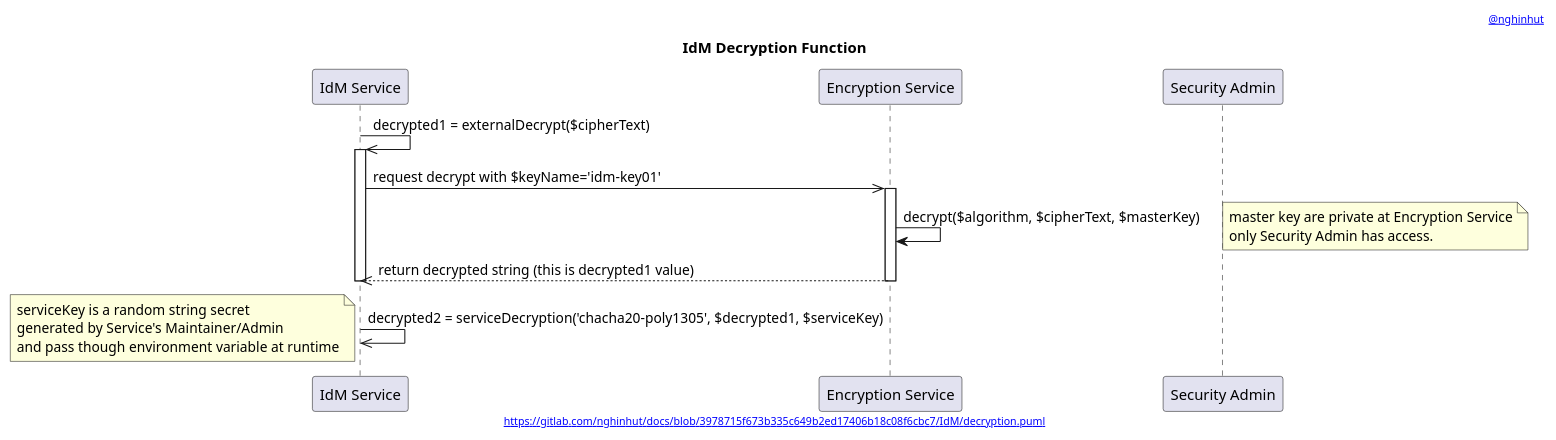
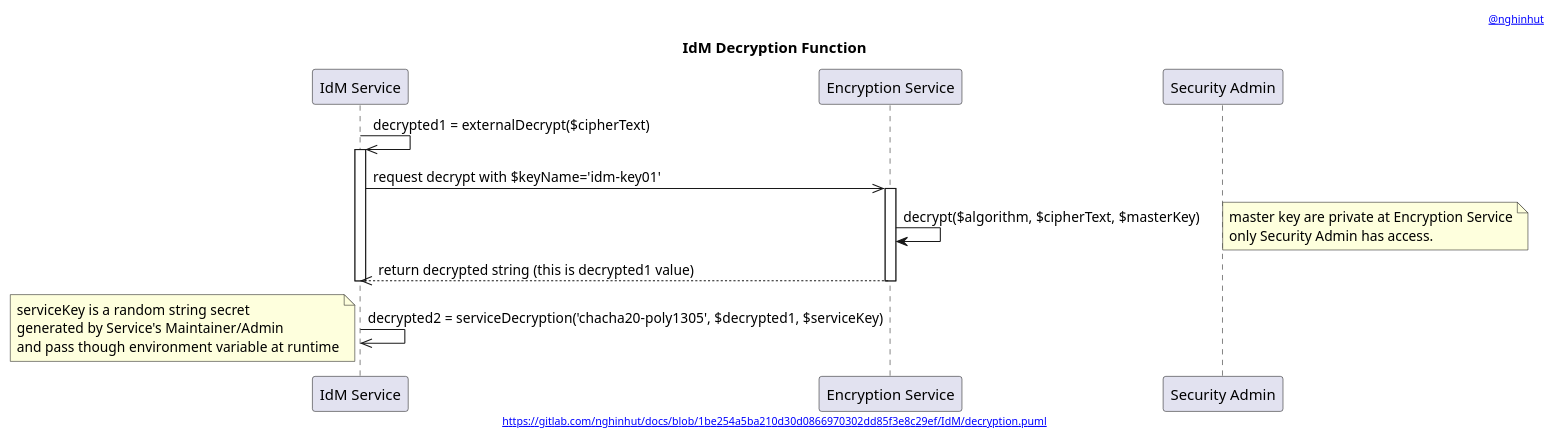
One commit to nghinhut/docs changed the diagram in IdM/decryption.function.puml. Above: the diagram before and after it, drawn with PlantUML. The commit also changed 22 other files, not shown here.

Commit message:
Update diagrams

```diff
--- a/IdM/decryption.function.puml
+++ b/IdM/decryption.function.puml
@@ -1,32 +1,32 @@
 @startuml
 '-----START auto generated metadata please keep comment here to allow auto update-----
 '-----DON'T EDIT THIS SECTION, INSTEAD RE-RUN prebuild.sh TO UPDATE-----
-header [[https://www.nghinhut.dev?from=http%5C%3A%5C%2F%5C%2Fwww%5C.plantuml%5C.com%5C%2Fplantuml%5C%2Fproxy%3Ffmt%3Dsvg%5C%26src%3Dhttps%5C%3A%5C%2F%5C%2Fgitlab%5C.com%5C%2Fnghinhut%5C%2Fdocs%5C%2Fraw%5C%2F3978715f673b335c649b2ed17406b18c08f6cbc7%5C%2FIdM%5C%2Fdecryption%5C.puml%0A @nghinhut]]
-footer [[http://www.plantuml.com/plantuml/proxy?fmt=svg&src=https://gitlab.com/nghinhut/docs/raw/3978715f673b335c649b2ed17406b18c08f6cbc7/IdM/decryption.puml https://gitlab.com/nghinhut/docs/blob/3978715f673b335c649b2ed17406b18c08f6cbc7/IdM/decryption.puml]]
+header [[https://www.nghinhut.dev?from=http%5C%3A%5C%2F%5C%2Fwww%5C.plantuml%5C.com%5C%2Fplantuml%5C%2Fproxy%3Ffmt%3Dsvg%5C%26src%3Dhttps%5C%3A%5C%2F%5C%2Fgitlab%5C.com%5C%2Fnghinhut%5C%2Fdocs%5C%2Fraw%5C%2F1be254a5ba210d30d0866970302dd85f3e8c29ef%5C%2FIdM%5C%2Fdecryption%5C.puml%0A @nghinhut]]
+footer [[http://www.plantuml.com/plantuml/proxy?fmt=svg&src=https://gitlab.com/nghinhut/docs/raw/1be254a5ba210d30d0866970302dd85f3e8c29ef/IdM/decryption.puml https://gitlab.com/nghinhut/docs/blob/1be254a5ba210d30d0866970302dd85f3e8c29ef/IdM/decryption.puml]]
 '-----END auto generated metadata please keep comment here to allow auto update-----
 title IdM Decryption Function
 participant "IdM Service" as idm
 participant "Encryption Service" as es
 participant "Security Admin" as esAdmin
 
 
 idm ->> idm : decrypted1 = externalDecrypt($cipherText)
 activate idm
     idm ->> es : request decrypt with $keyName='idm-key01'
     activate es
         es -> es : decrypt($algorithm, $cipherText, $masterKey)
         note right
             master key are private at Encryption Service
             only Security Admin has access.
         end note
         idm <<-- es : return decrypted string (this is decrypted1 value)
     deactivate es
 deactivate idm
 
 idm ->> idm : decrypted2 = serviceDecryption('chacha20-poly1305', $decrypted1, $serviceKey)
 note left
     serviceKey is a random string secret
     generated by Service's Maintainer/Admin
     and pass though environment variable at runtime
 end note
 @enduml
```
